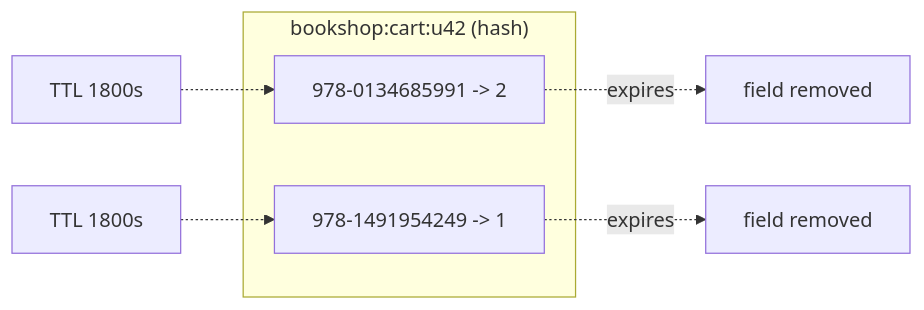
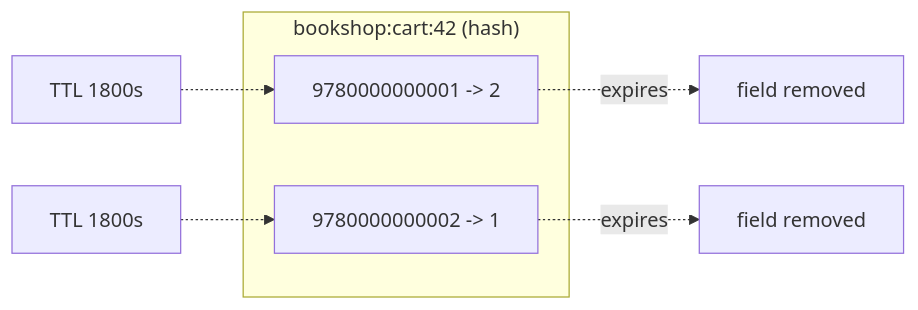
One commit to albertoirurueta/docs changed the diagram in modules/ROOT/pages/database/redis/hashes.adoc. Above: the diagram before and after it, drawn with Mermaid. The commit also changed other lines of this file and 25 other files, not shown here.

```diff
--- a/modules/ROOT/pages/database/redis/hashes.adoc
+++ b/modules/ROOT/pages/database/redis/hashes.adoc
@@ -160,12 +166,12 @@
 [mermaid]
 ....
 flowchart LR
-    subgraph H["bookshop:cart:u42 (hash)"]
-        F1["978-0134685991 -> 2"]
-        F2["978-1491954249 -> 1"]
+    subgraph H["bookshop:cart:42 (hash)"]
+        F1["9780000000001 -> 2"]
+        F2["9780000000002 -> 1"]
     end
     T1["TTL 1800s"] -.-> F1
     T2["TTL 1800s"] -.-> F2
     F1 -. expires .-> X1["field removed"]
     F2 -. expires .-> X2["field removed"]
 ....
```
